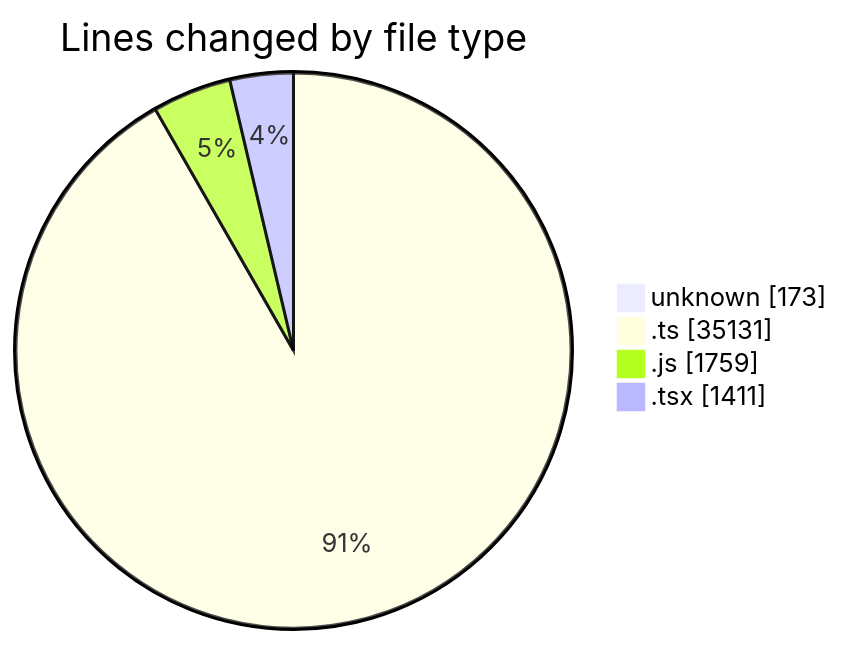
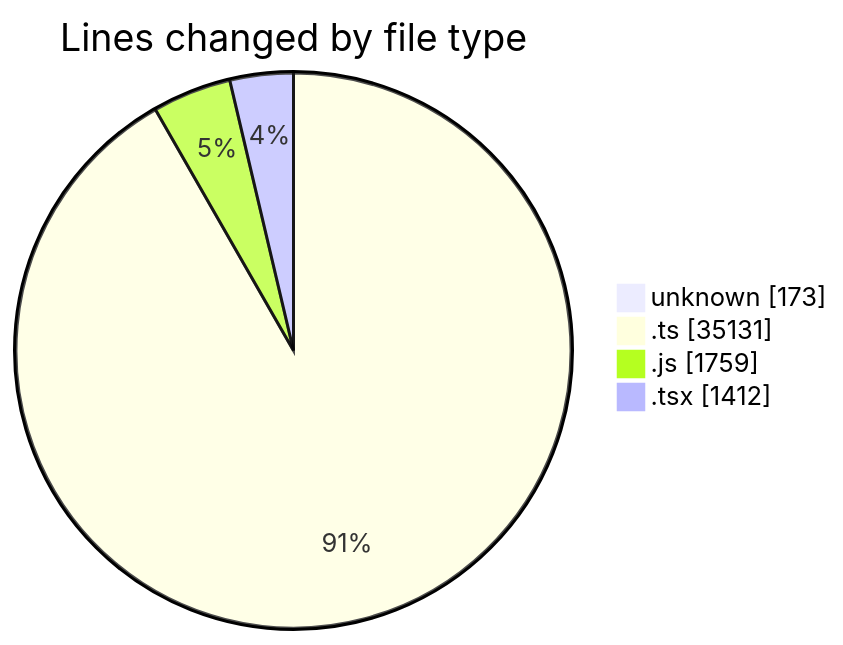
One commit to momahboobian/code-tracking changed the first of 2 diagrams in 2026-08-24/cda/README.md. Above: the diagram before and after it, drawn with Mermaid. The commit also changed other lines of this file and 1 other file, not shown here.

````diff
--- a/2026-08-24/cda/README.md
+++ b/2026-08-24/cda/README.md
@@ -42,8 +42,8 @@
 ```mermaid
 pie showData
 title Lines changed by file type
 "unknown" : 173
 ".ts" : 35131
 ".js" : 1759
-".tsx" : 1411
+".tsx" : 1412
 ```
````
